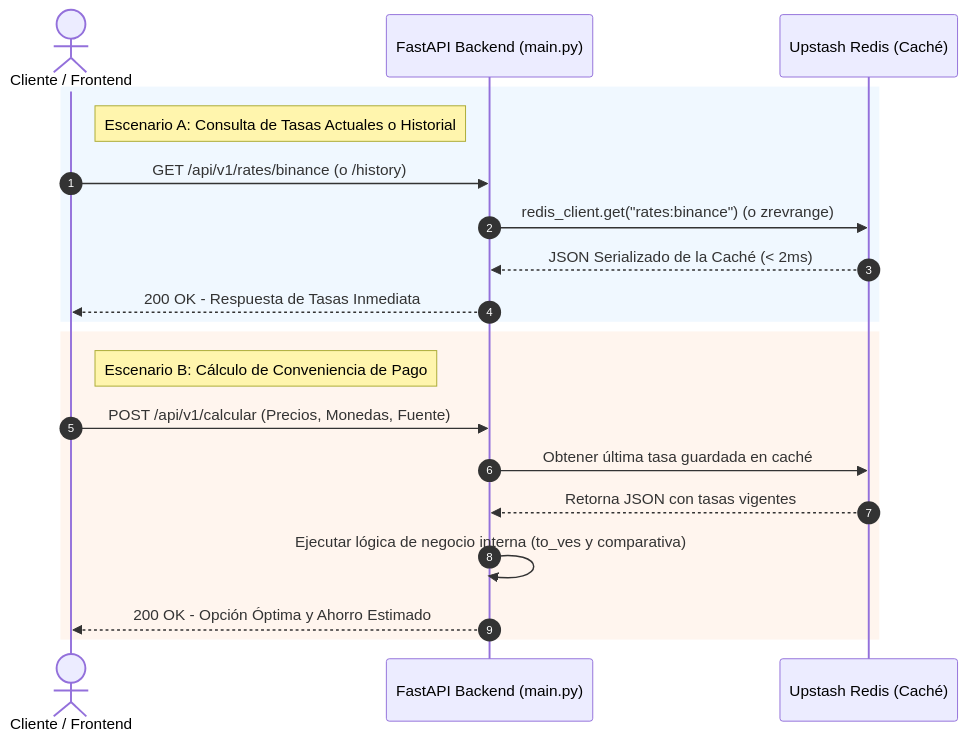
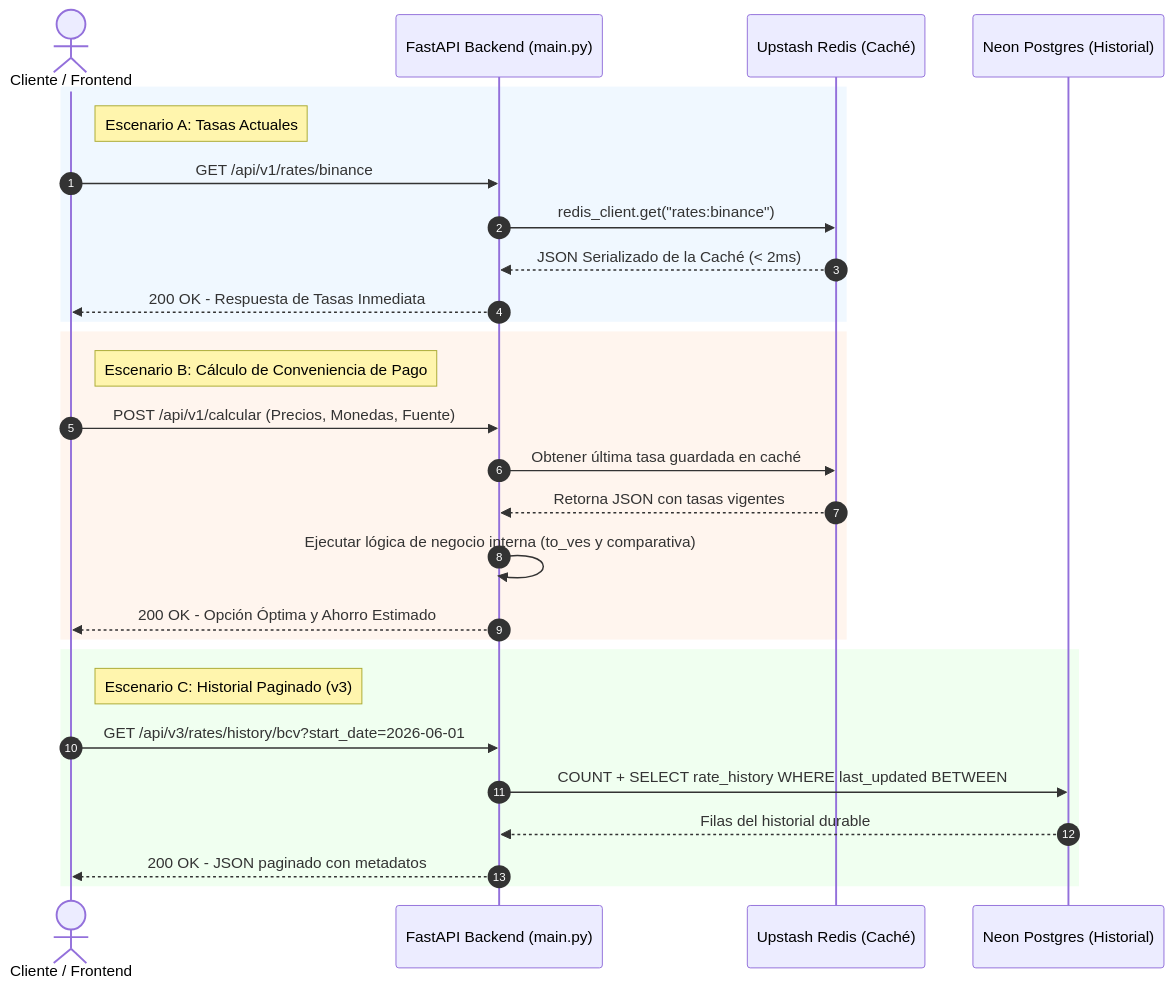
Before and after one commit to TECHSOLVERSJBL/CAMBIALY-BACKEND: the third of 4 diagrams in README.md, drawn with Mermaid. The commit also changed other lines of this file, not shown here.

Commit message:
docs: update architecture diagrams to reflect dual-write Redis + Postgres and v3 history flow

````diff
--- a/README.md
+++ b/README.md
@@ -406,24 +406,33 @@
 ```mermaid
 sequenceDiagram
     autonumber
     actor Usuario as Cliente / Frontend
     participant API as FastAPI Backend (main.py)
     participant Redis as Upstash Redis (Caché)
+    participant DB as Neon Postgres (Historial)
 
     rect rgb(240, 248, 255)
-        note right of Usuario: Escenario A: Consulta de Tasas Actuales o Historial
-        Usuario->>API: GET /api/v1/rates/binance (o /history)
-        API->>Redis: redis_client.get("rates:binance") (o zrevrange)
+        note right of Usuario: Escenario A: Tasas Actuales
+        Usuario->>API: GET /api/v1/rates/binance
+        API->>Redis: redis_client.get("rates:binance")
         Redis-->>API: JSON Serializado de la Caché (< 2ms)
         API-->>Usuario: 200 OK - Respuesta de Tasas Inmediata
     end
 
     rect rgb(255, 245, 238)
         note right of Usuario: Escenario B: Cálculo de Conveniencia de Pago
         Usuario->>API: POST /api/v1/calcular (Precios, Monedas, Fuente)
         API->>Redis: Obtener última tasa guardada en caché
         Redis-->>API: Retorna JSON con tasas vigentes
         API->>API: Ejecutar lógica de negocio interna (to_ves y comparativa)
         API-->>Usuario: 200 OK - Opción Óptima y Ahorro Estimado
     end
+
+    rect rgb(240, 255, 240)
+        note right of Usuario: Escenario C: Historial Paginado (v3)
+        Usuario->>API: GET /api/v3/rates/history/bcv?start_date=2026-06-01
+        API->>DB: COUNT + SELECT rate_history WHERE last_updated BETWEEN
+        DB-->>API: Filas del historial durable
+        API-->>Usuario: 200 OK - JSON paginado con metadatos
+    end
 ```
````
